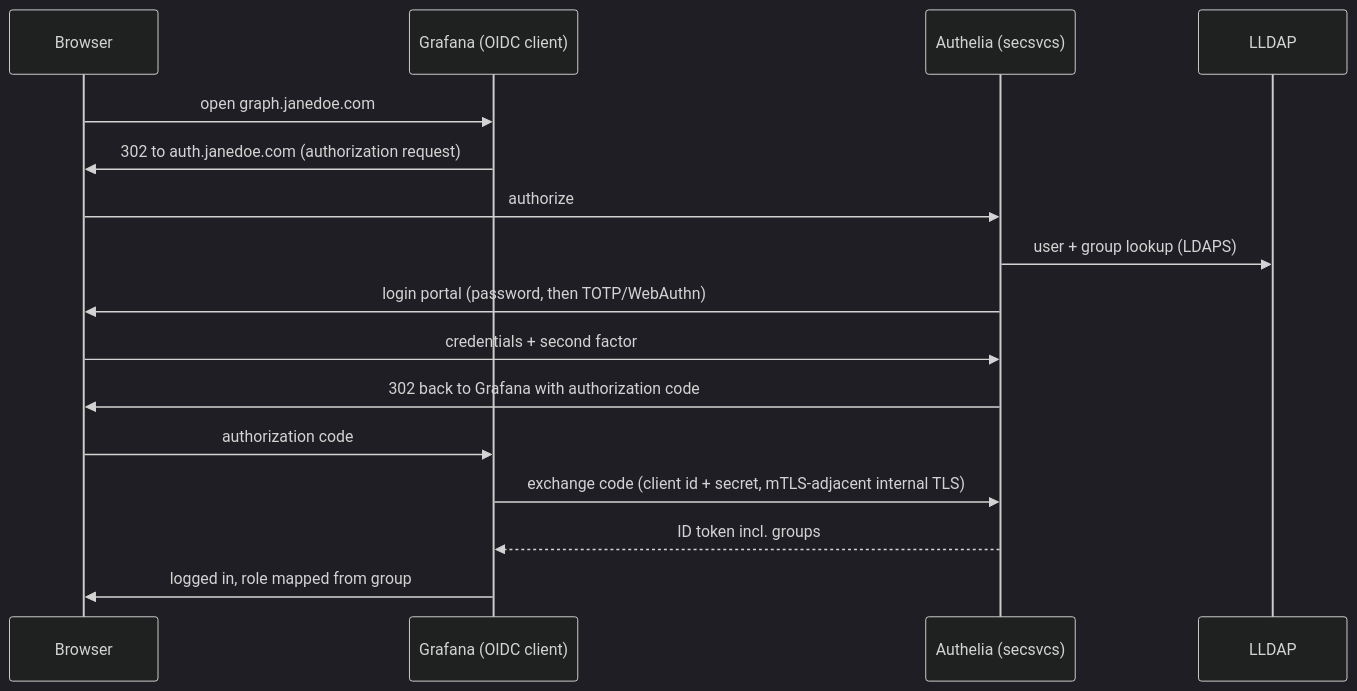
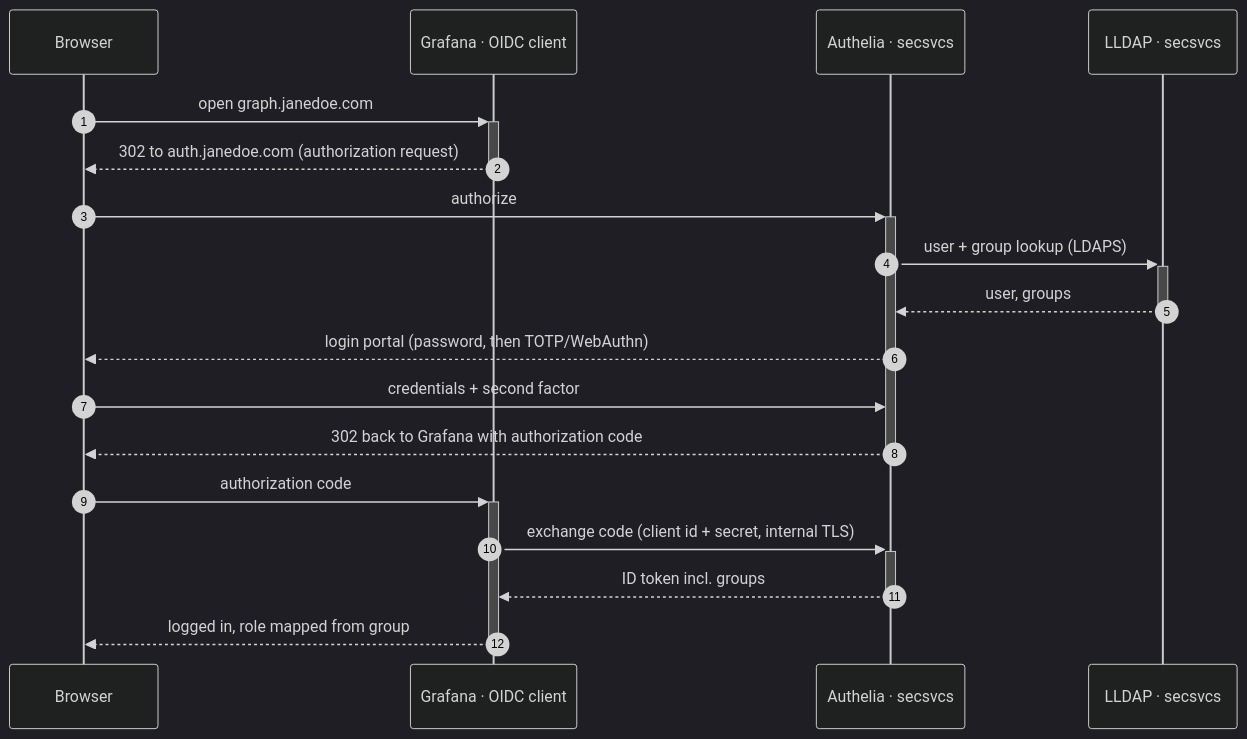
One commit to babraham123/homelab changed the first of 2 diagrams in docs/security.md. Above: the diagram before and after it, drawn with Mermaid (dark theme). The commit also changed other lines of this file and 4 other files, not shown here.

Commit message:
improve diagrams in docs/

````diff
--- a/docs/security.md
+++ b/docs/security.md
@@ -79,19 +79,21 @@
 ```mermaid
 sequenceDiagram
+    autonumber
     participant U as Browser
-    participant G as Grafana (OIDC client)
-    participant A as Authelia (secsvcs)
-    participant L as LLDAP
+    participant G as Grafana · OIDC client
+    participant A as Authelia · secsvcs
+    participant L as LLDAP · secsvcs
 
-    U->>G: open graph.janedoe.com
-    G->>U: 302 to auth.janedoe.com (authorization request)
-    U->>A: authorize
-    A->>L: user + group lookup (LDAPS)
-    A->>U: login portal (password, then TOTP/WebAuthn)
+    U->>+G: open graph.janedoe.com
+    G-->>-U: 302 to auth.janedoe.com (authorization request)
+    U->>+A: authorize
+    A->>+L: user + group lookup (LDAPS)
+    L-->>-A: user, groups
+    A-->>U: login portal (password, then TOTP/WebAuthn)
     U->>A: credentials + second factor
-    A->>U: 302 back to Grafana with authorization code
-    U->>G: authorization code
-    G->>A: exchange code (client id + secret, mTLS-adjacent internal TLS)
-    A-->>G: ID token incl. groups
-    G->>U: logged in, role mapped from group
+    A-->>-U: 302 back to Grafana with authorization code
+    U->>+G: authorization code
+    G->>+A: exchange code (client id + secret, internal TLS)
+    A-->>-G: ID token incl. groups
+    G-->>-U: logged in, role mapped from group
 ```
````
